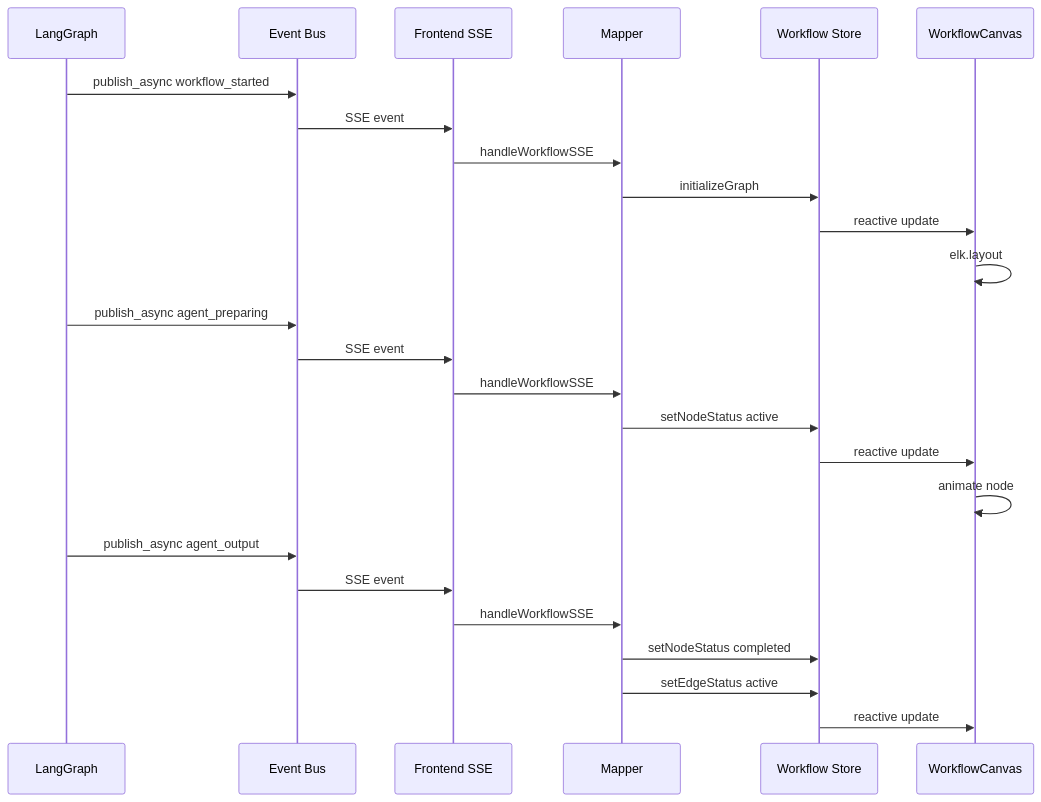
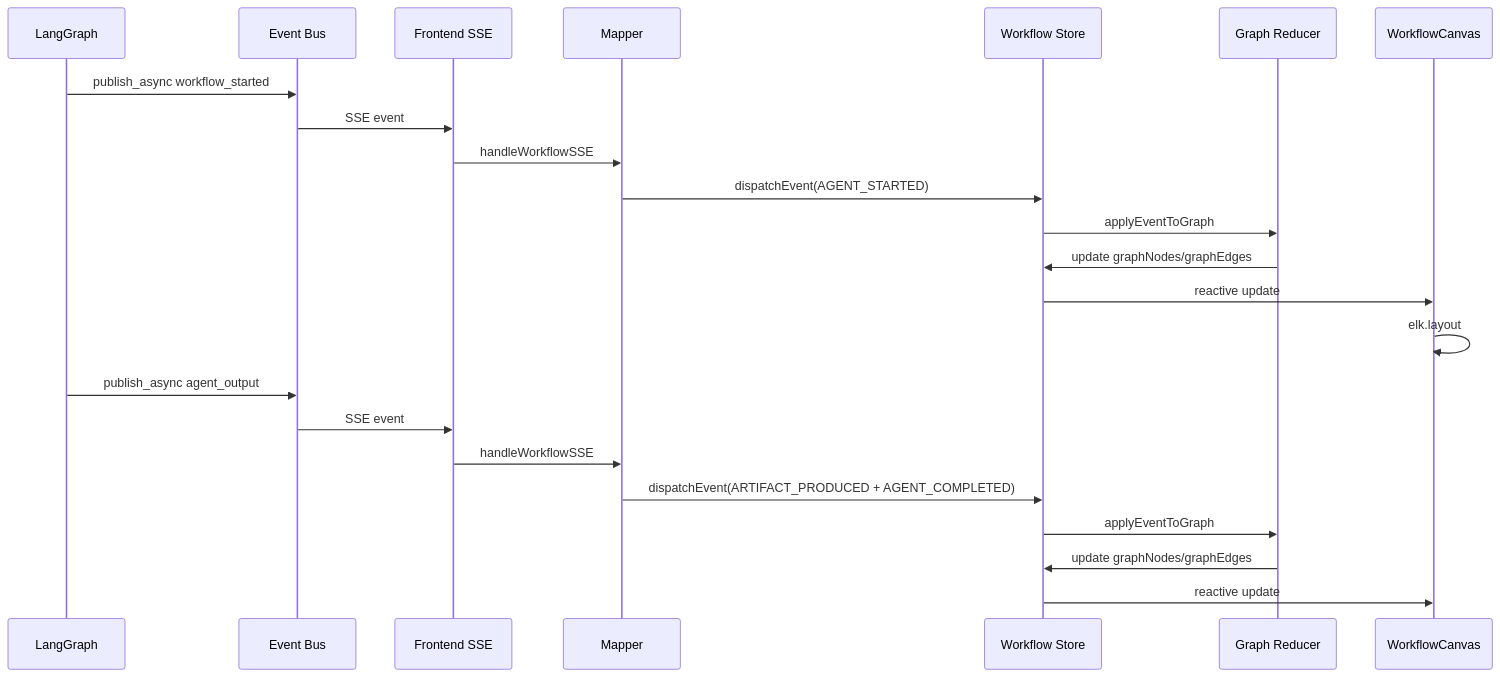
One commit to asb-42/danwa changed the second of 3 diagrams in plans/workflow-visualization.md. Above: the diagram before and after it, drawn with Mermaid. The commit also changed other lines of this file, not shown here.

First line of the commit message:
docs: update workflow visualization plan with state management + OOB handler

````diff
--- a/plans/workflow-visualization.md
+++ b/plans/workflow-visualization.md
@@ -411,30 +1700,27 @@
 ```mermaid
 sequenceDiagram
     participant LG as LangGraph
     participant EB as Event Bus
     participant FE as Frontend SSE
-    participant MS as Mapper
+    participant MP as Mapper
     participant WS as Workflow Store
+    participant GR as Graph Reducer
     participant WC as WorkflowCanvas
 
     LG->>EB: publish_async workflow_started
     EB->>FE: SSE event
-    FE->>MS: handleWorkflowSSE
-    MS->>WS: initializeGraph
+    FE->>MP: handleWorkflowSSE
+    MP->>WS: dispatchEvent(AGENT_STARTED)
+    WS->>GR: applyEventToGraph
+    GR->>WS: update graphNodes/graphEdges
     WS->>WC: reactive update
     WC->>WC: elk.layout
 
-    LG->>EB: publish_async agent_preparing
-    EB->>FE: SSE event
-    FE->>MS: handleWorkflowSSE
-    MS->>WS: setNodeStatus active
-    WS->>WC: reactive update
-    WC->>WC: animate node
-
     LG->>EB: publish_async agent_output
     EB->>FE: SSE event
-    FE->>MS: handleWorkflowSSE
-    MS->>WS: setNodeStatus completed
-    MS->>WS: setEdgeStatus active
+    FE->>MP: handleWorkflowSSE
+    MP->>WS: dispatchEvent(ARTIFACT_PRODUCED + AGENT_COMPLETED)
+    WS->>GR: applyEventToGraph
+    GR->>WS: update graphNodes/graphEdges
     WS->>WC: reactive update
 ```
````
